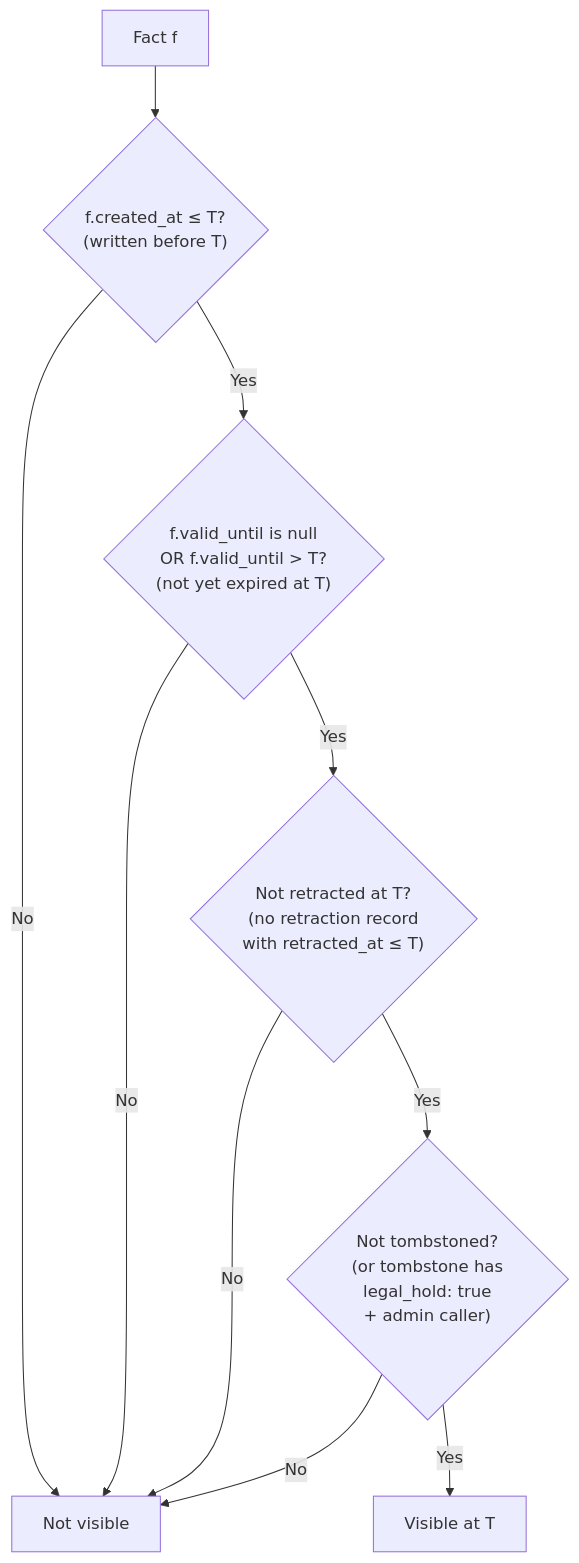
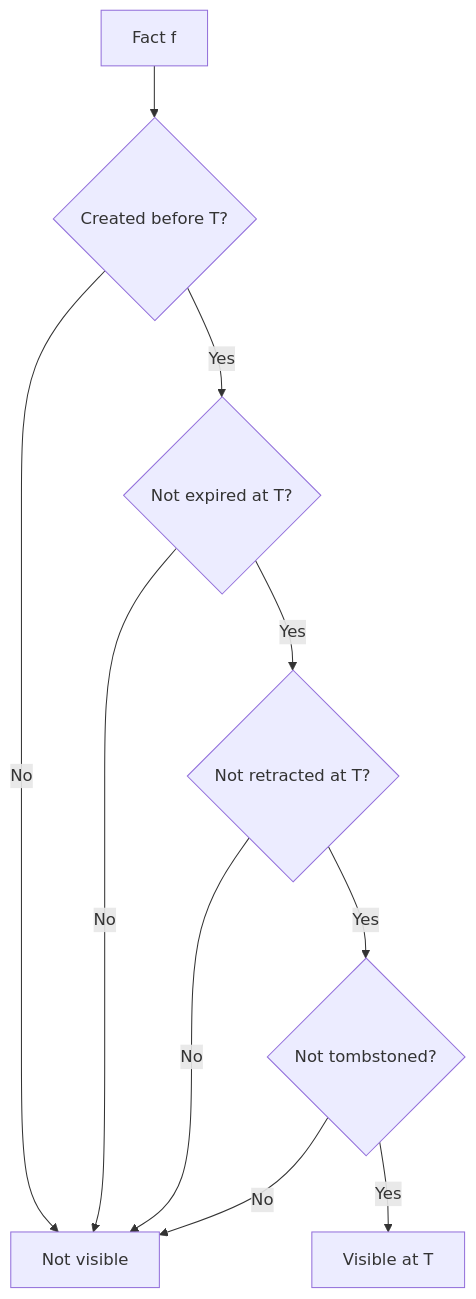
The diagram in docs/versioned_docs/version-v1.1/learn/how-it-works/time-travel-queries.md (eidetic-labs/stigmem), drawn with Mermaid before and after one commit. The commit also changed 4 other files, not shown here.

````diff
--- a/docs/versioned_docs/version-v1.1/learn/how-it-works/time-travel-queries.md
+++ b/docs/versioned_docs/version-v1.1/learn/how-it-works/time-travel-queries.md
@@ -32,12 +32,12 @@
 ```mermaid
 flowchart TD
-    F["Fact f"] --> C1{"f.created_at ≤ T?<br/>(written before T)"}
+    F["Fact f"] --> C1{"Created before T?"}
     C1 -->|No| HIDDEN["Not visible"]
-    C1 -->|Yes| C2{"f.valid_until is null<br/>OR f.valid_until > T?<br/>(not yet expired at T)"}
+    C1 -->|Yes| C2{"Not expired at T?"}
     C2 -->|No| HIDDEN
-    C2 -->|Yes| C3{"Not retracted at T?<br/>(no retraction record<br/>with retracted_at ≤ T)"}
+    C2 -->|Yes| C3{"Not retracted at T?"}
     C3 -->|No| HIDDEN
-    C3 -->|Yes| C4{"Not tombstoned?<br/>(or tombstone has<br/>legal_hold: true<br/>+ admin caller)"}
+    C3 -->|Yes| C4{"Not tombstoned?"}
     C4 -->|No| HIDDEN
     C4 -->|Yes| VISIBLE["Visible at T"]
 ```
````
